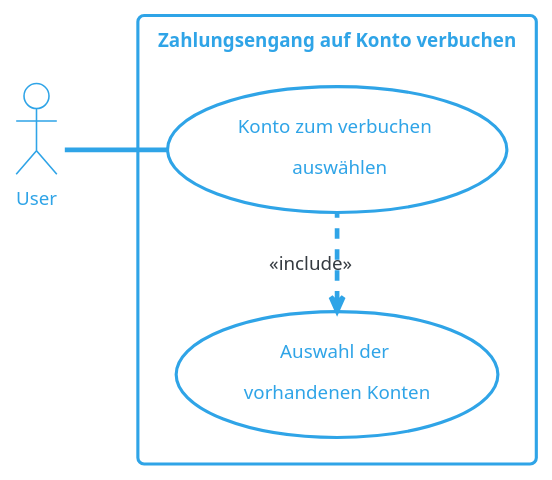
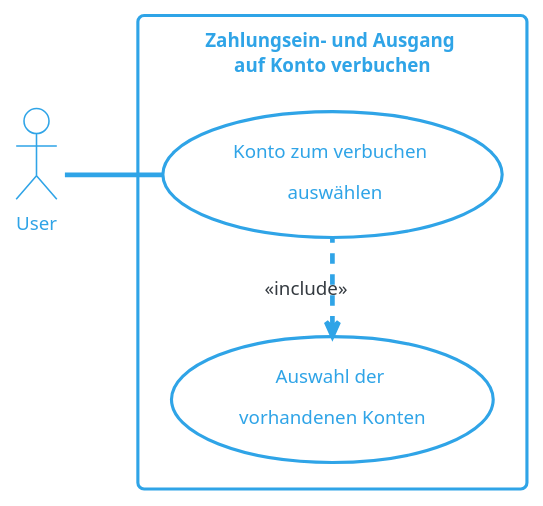
One commit to sirtheta/ImmoGlobal_Semesterarbeit changed the diagram in docs/content/diagrams/usecase/verbuchenAufKonto.wsd. Above: the diagram before and after it, drawn with PlantUML. The commit also changed 26 other files, not shown here.

```diff
--- a/docs/content/diagrams/usecase/verbuchenAufKonto.wsd
+++ b/docs/content/diagrams/usecase/verbuchenAufKonto.wsd
@@ -1,12 +1,12 @@
-@startuml Zahlungsengang auf Konto verbuchen
+@startuml ZahlungseingangaufKontoverbuchen
 !theme cerulean-outline
 
 left to right direction
 actor "User" as fc
-rectangle "Zahlungsengang auf Konto verbuchen" {
+rectangle "Zahlungsein- und Ausgang \nauf Konto verbuchen" {
   usecase "Konto zum verbuchen \n auswählen" as UC1
   usecase "Auswahl der \nvorhandenen Konten" as inc1
 } 
 fc -- UC1
 UC1 .left.> inc1 : <<include>>
 @enduml
```
